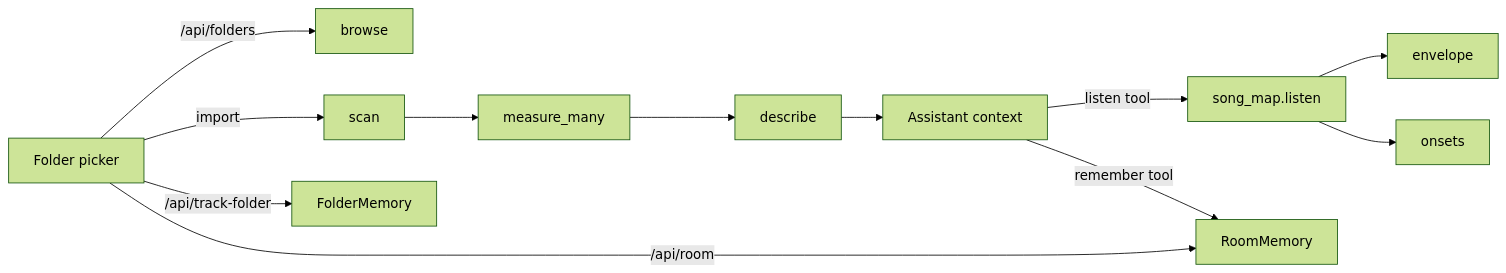
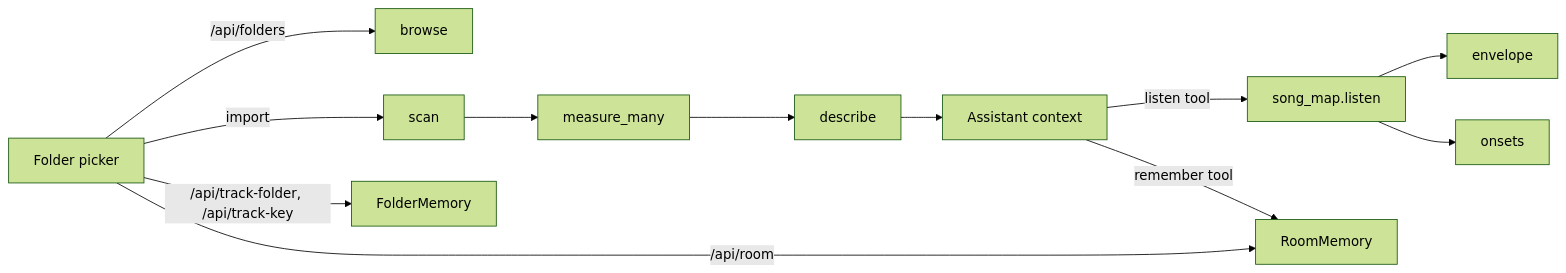
Before and after one commit to BenCurrie42/hackathon_2026: the diagram in docs/documentation/audio-analysis-and-memory.md, drawn with Mermaid (forest theme). The commit also changed other lines of this file and 19 other files, not shown here.

````diff
--- a/docs/documentation/audio-analysis-and-memory.md
+++ b/docs/documentation/audio-analysis-and-memory.md
@@ -5,9 +5,9 @@
 ```mermaid
 flowchart LR
   UI[Folder picker] -->|/api/folders| browse
   UI -->|import| scan --> measure_many --> describe --> A[Assistant context]
   A -->|listen tool| song_map.listen --> envelope & onsets
   A -->|remember tool| RoomMemory
   UI -->|/api/room| RoomMemory
-  UI -->|/api/track-folder| FolderMemory
+  UI -->|/api/track-folder, /api/track-key| FolderMemory
 ```
````
